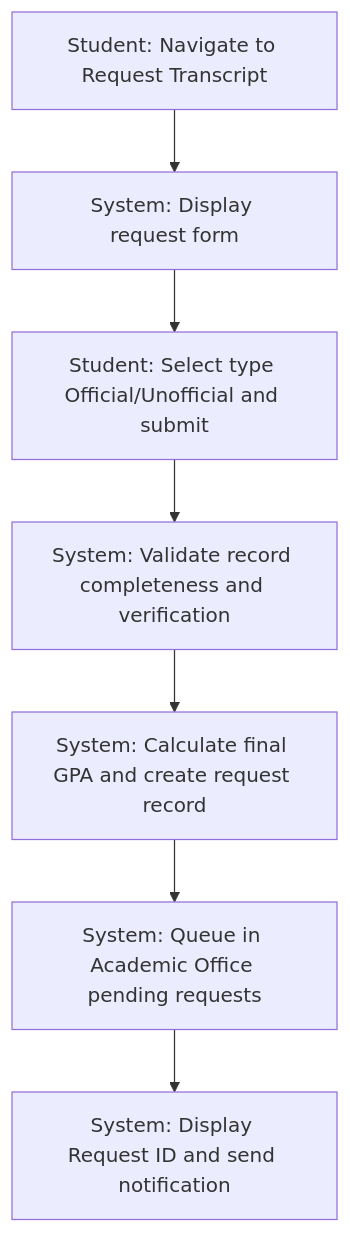
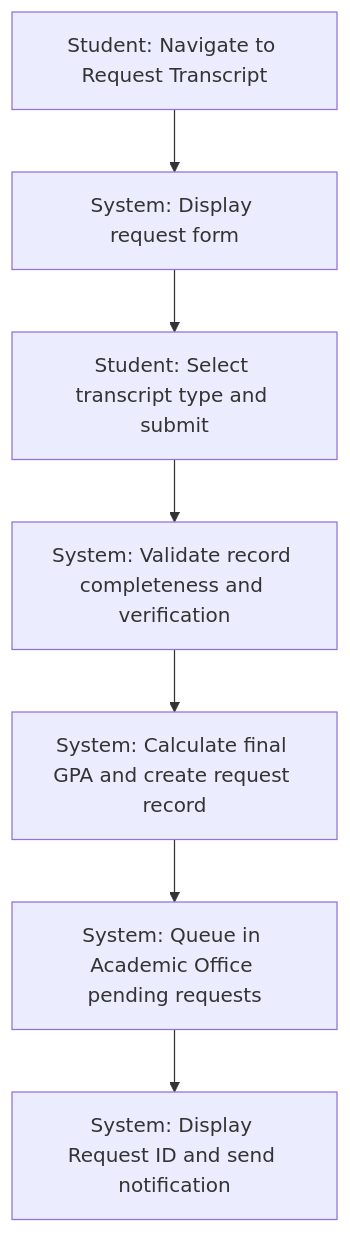
One commit to yashSharma843/transcript-generation-system changed the second of 7 diagrams in docs/assignment-03/Scenario-Use-Case-Activity-Modelling.md. Above: the diagram before and after it, drawn with Mermaid.

````diff
--- a/docs/assignment-03/Scenario-Use-Case-Activity-Modelling.md
+++ b/docs/assignment-03/Scenario-Use-Case-Activity-Modelling.md
@@ -55,9 +55,9 @@
 ```mermaid
 flowchart TD
     A["Student: Navigate to Request Transcript"] --> B["System: Display request form"]
-    B --> C["Student: Select type Official/Unofficial and submit"]
+    B --> C["Student: Select transcript type and submit"]
     C --> D["System: Validate record completeness and verification"]
     D --> E["System: Calculate final GPA and create request record"]
     E --> F["System: Queue in Academic Office pending requests"]
     F --> G["System: Display Request ID and send notification"]
 ```
````
